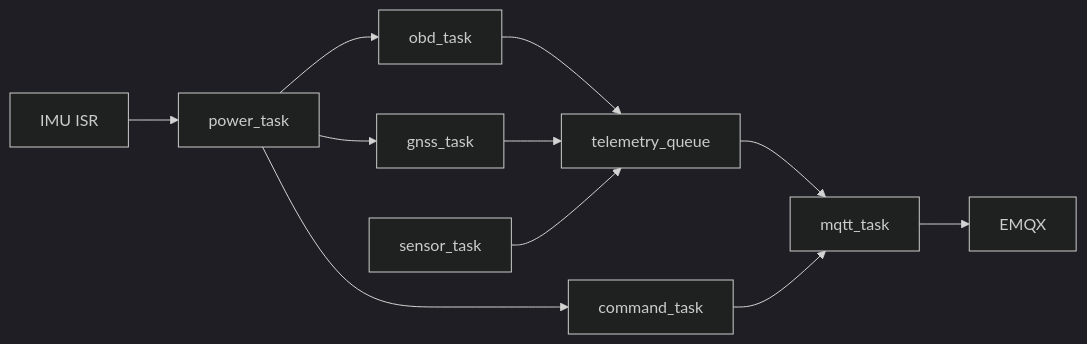
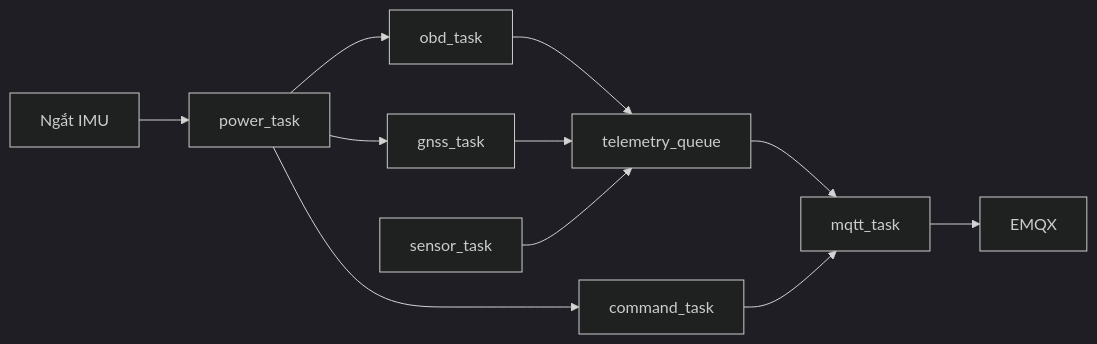
The diagram in resources/reports/thesis/final/assets/uml/04-chuong-3-giai-phap-firmware-hinh-3-6.mmd (anmh1205/IoT_Vehicle_Tracking_System), drawn with Mermaid (dark theme) before and after one commit. The commit also changed 209 other files, not shown here.

```diff
--- a/resources/reports/thesis/final/assets/uml/04-chuong-3-giai-phap-firmware-hinh-3-6.mmd
+++ b/resources/reports/thesis/final/assets/uml/04-chuong-3-giai-phap-firmware-hinh-3-6.mmd
@@ -1,11 +1,11 @@
 flowchart LR
-    IMU["IMU ISR"] --> PowerTask["power_task"]
+    IMU["Ngắt IMU"] --> PowerTask["power_task"]
     OBDTask["obd_task"] --> Queue["telemetry_queue"]
     GNSSTask["gnss_task"] --> Queue
     SensorTask["sensor_task"] --> Queue
     Queue --> MQTTTask["mqtt_task"]
     MQTTTask --> Broker["EMQX"]
     CmdTask["command_task"] --> MQTTTask
     PowerTask --> OBDTask
     PowerTask --> GNSSTask
     PowerTask --> CmdTask
```
